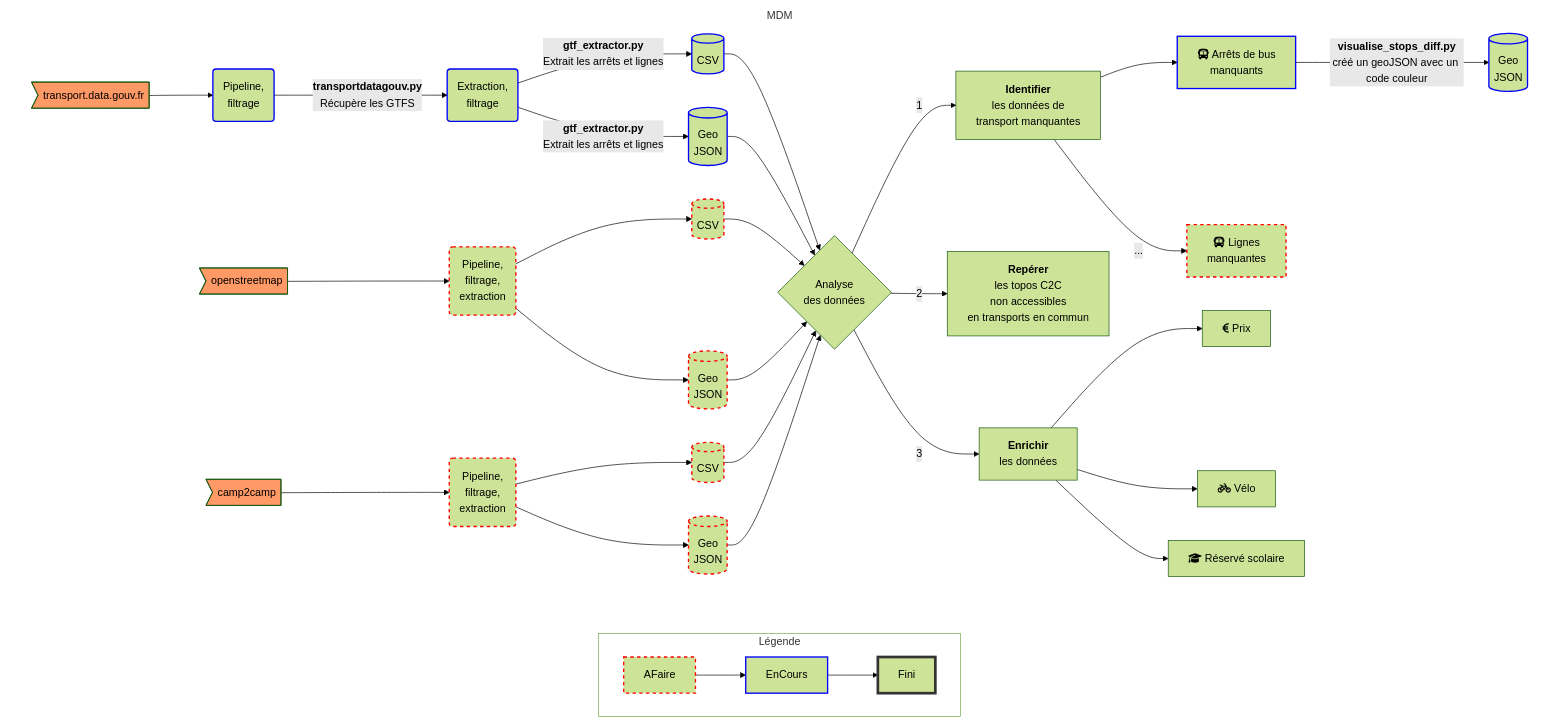
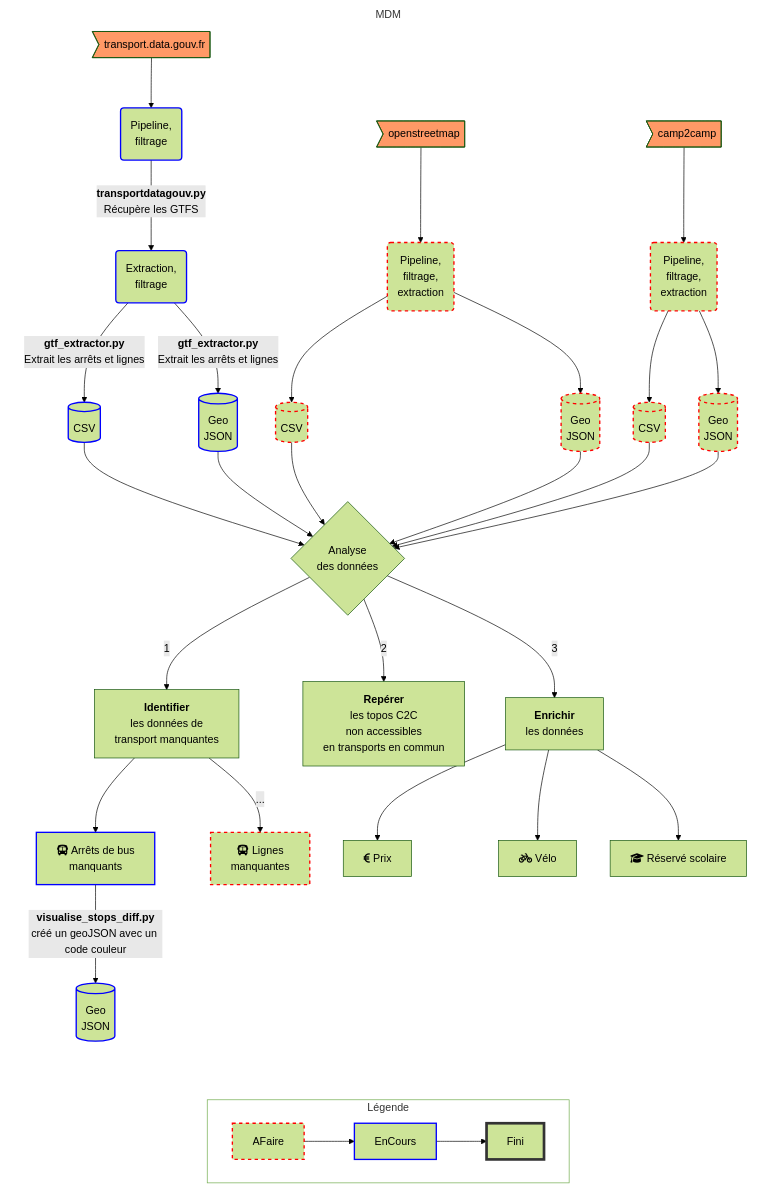
Before and after one commit to lsorba/mobilite_durable: the diagram in doc/process.mermaid, drawn with Mermaid.

Commit message:
Forced direction to Top to Bottom

```diff
--- a/doc/process.mermaid
+++ b/doc/process.mermaid
@@ -1,78 +1,79 @@
 ---
 config:
   theme: 'forest'
 ---
 flowchart TD
     subgraph MDM
+        direction TB
         SOURCE_TDG>transport.data.gouv.fr] --> PF_TDG(Pipeline, \nfiltrage)
         PF_TDG -->|"`__transportdatagouv.py__
                     Récupère les GTFS`"| FE_TDG(Extraction, \nfiltrage)
         SOURCE_OSM>openstreetmap] --> PFE_OSM(Pipeline, \nfiltrage, \nextraction)
         SOURCE_C2C>camp2camp] --> PFE_C2C(Pipeline, \nfiltrage, \nextraction)
 
         FE_TDG -->|"`__gtf_extractor.py__
                     Extrait les arrêts et lignes`"| CSV_TDG[(CSV)]
         FE_TDG -->|"`__gtf_extractor.py__
                     Extrait les arrêts et lignes`"| GJS_TDG[(Geo\nJSON)]
         PFE_OSM --> CSV_OSM[(CSV)]
         PFE_OSM --> GJS_OSM[(Geo\nJSON)]
         PFE_C2C --> CSV_C2C[(CSV)]
         PFE_C2C --> GJS_C2C[(Geo\nJSON)]
         CSV_TDG --> ANALYSE{Analyse\n des données}
         GJS_TDG --> ANALYSE
         CSV_OSM --> ANALYSE
         GJS_OSM --> ANALYSE
         CSV_C2C --> ANALYSE
         GJS_C2C --> ANALYSE
         ANALYSE -->|1| IDENTIFIER["`**Identifier**
                         les données de
                         transport manquantes`"]
         ANALYSE -->|2| REPERER["`**Repérer**
                         les topos C2C
                         non accessibles
                         en transports en commun`"]
         ANALYSE -->|3| ENRICHIR["`**Enrichir**
                         les données`"]
         IDENTIFIER --> ARRETS_MANQUANTS[fa:fa-bus Arrêts de bus\nmanquants]
         IDENTIFIER -->|...| LIGNES_MANQUANTES[fa:fa-bus Lignes\nmanquantes]
         ARRETS_MANQUANTS -->|"`__visualise_stops_diff.py__
                 créé un geoJSON avec un code couleur`"| DIFF[(Geo\nJSON)]
         ENRICHIR --> PRIX[fa:fa-eur Prix]
         ENRICHIR --> VELO[fa:fa-bicycle Vélo]
         ENRICHIR --> SPECIAUX[fa:fa-graduation-cap  Réservé scolaire]
 
     %% Styling
         style MDM fill:#fff,stroke:#fff
         style SOURCE_TDG fill:#f96
         style SOURCE_OSM fill:#f96
         style SOURCE_C2C fill:#f96
 
     %% TODO
         style PFE_OSM stroke:#f00,stroke-width:2px,stroke-dasharray: 5 5
         style PFE_C2C stroke:#f00,stroke-width:2px,stroke-dasharray: 5 5
         style LIGNES_MANQUANTES stroke:#f00,stroke-width:2px,stroke-dasharray: 5 5
         style CSV_OSM stroke:#f00,stroke-width:2px,stroke-dasharray: 5 5
         style GJS_OSM stroke:#f00,stroke-width:2px,stroke-dasharray: 5 5
         style CSV_C2C stroke:#f00,stroke-width:2px,stroke-dasharray: 5 5
         style GJS_C2C stroke:#f00,stroke-width:2px,stroke-dasharray: 5 5
     %% In progress
         style PF_TDG stroke:#00f,stroke-width:2px
         style FE_TDG stroke:#00f,stroke-width:2px
         style CSV_TDG stroke:#00f,stroke-width:2px
         style GJS_TDG stroke:#00f,stroke-width:2px
         style ARRETS_MANQUANTS stroke:#00f,stroke-width:2px
         style DIFF stroke:#00f,stroke-width:2px
     %% DONE
         %% style PF_TDG fill:#0d0,stroke:#333,stroke-width:4px
     end
 
     subgraph Légende
+        direction LR
         style Légende fill:#fff
-        direction LR
         AFaire --> EnCours --> Fini
         style AFaire stroke:#f00,stroke-width:2px,stroke-dasharray: 5 5
         style EnCours stroke:#00f,stroke-width:2px
         style Fini stroke:#333,stroke-width:4px
     end
 
     MDM ~~~ Légende
```
